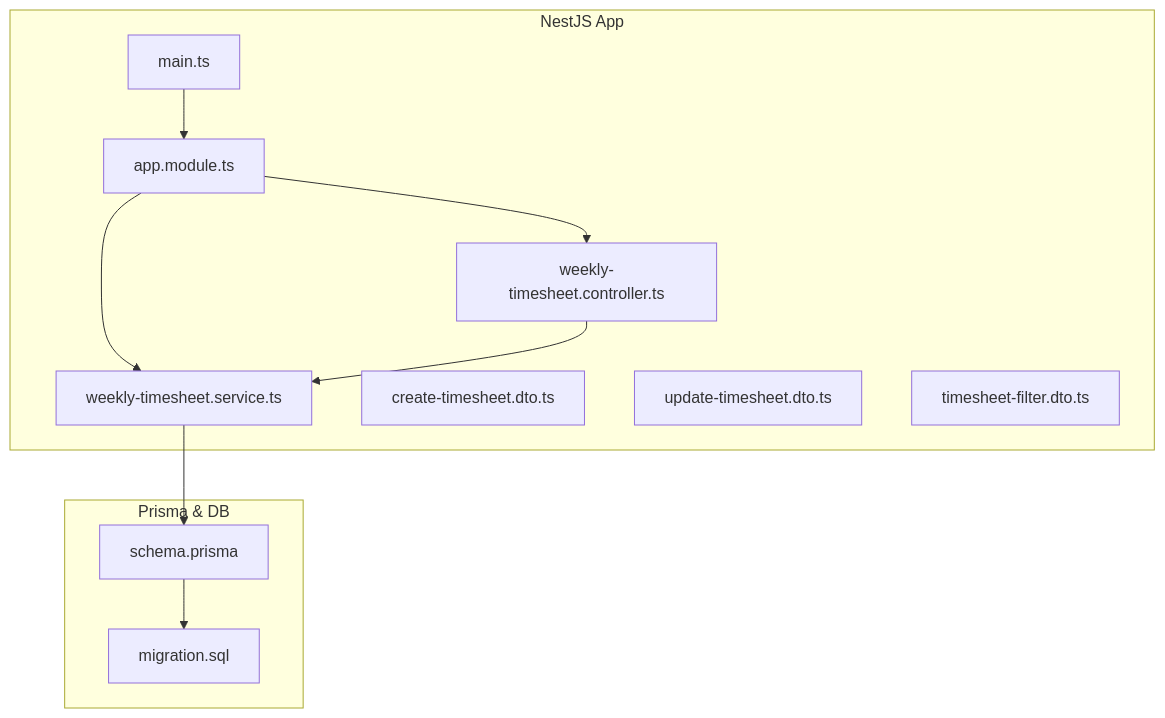
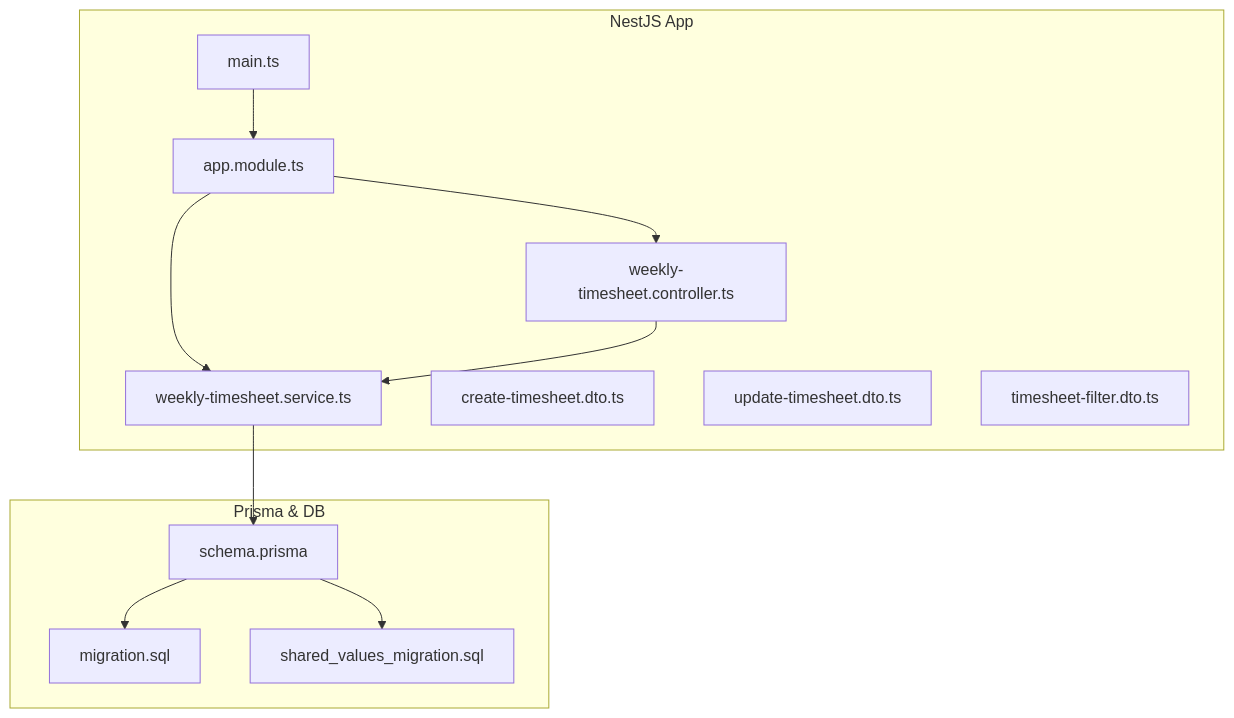
One commit to RobertRuas/windlog changed the first of 7 diagrams in .qoder/repowiki/en/content/Arquitetura Backend/Módulos do Sistema/Timesheet Semanal - Módulo Backend.md. Above: the diagram before and after it, drawn with Mermaid. The commit also changed other lines of this file and 100 other files, not shown here.

````diff
--- a/.qoder/repowiki/en/content/Arquitetura Backend/Módulos do Sistema/Timesheet Semanal - Módulo Backend.md
+++ b/.qoder/repowiki/en/content/Arquitetura Backend/Módulos do Sistema/Timesheet Semanal - Módulo Backend.md
@@ -45,22 +54,24 @@
 ```mermaid
 graph TB
 subgraph "NestJS App"
 A["app.module.ts"]
 B["main.ts"]
 C["weekly-timesheet.controller.ts"]
 D["weekly-timesheet.service.ts"]
 E["create-timesheet.dto.ts"]
 F["update-timesheet.dto.ts"]
 G["timesheet-filter.dto.ts"]
 end
 subgraph "Prisma & DB"
 H["schema.prisma"]
 I["migration.sql"]
+J["shared_values_migration.sql"]
 end
 A --> C
 A --> D
 C --> D
 D --> H
 H --> I
+H --> J
 B --> A
 ```
````
